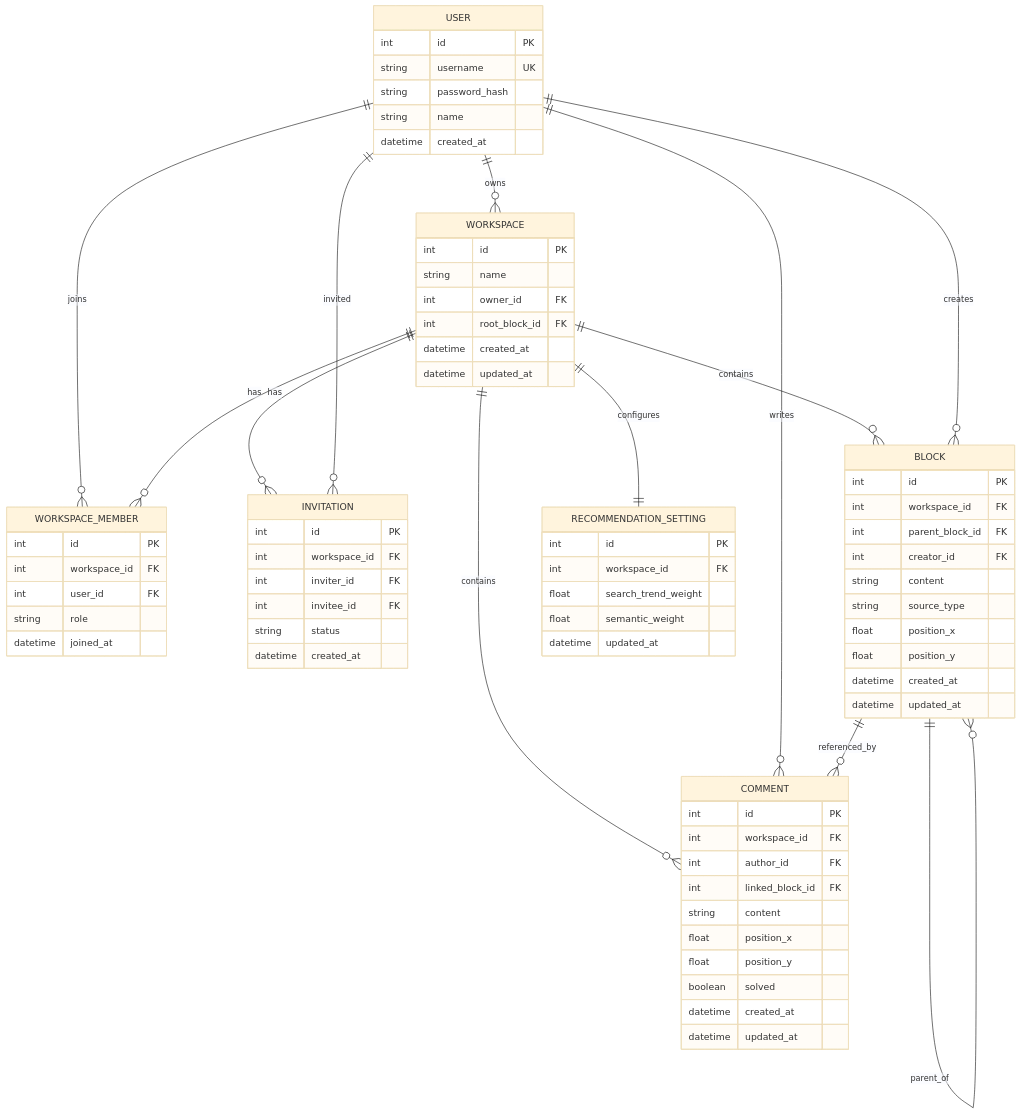
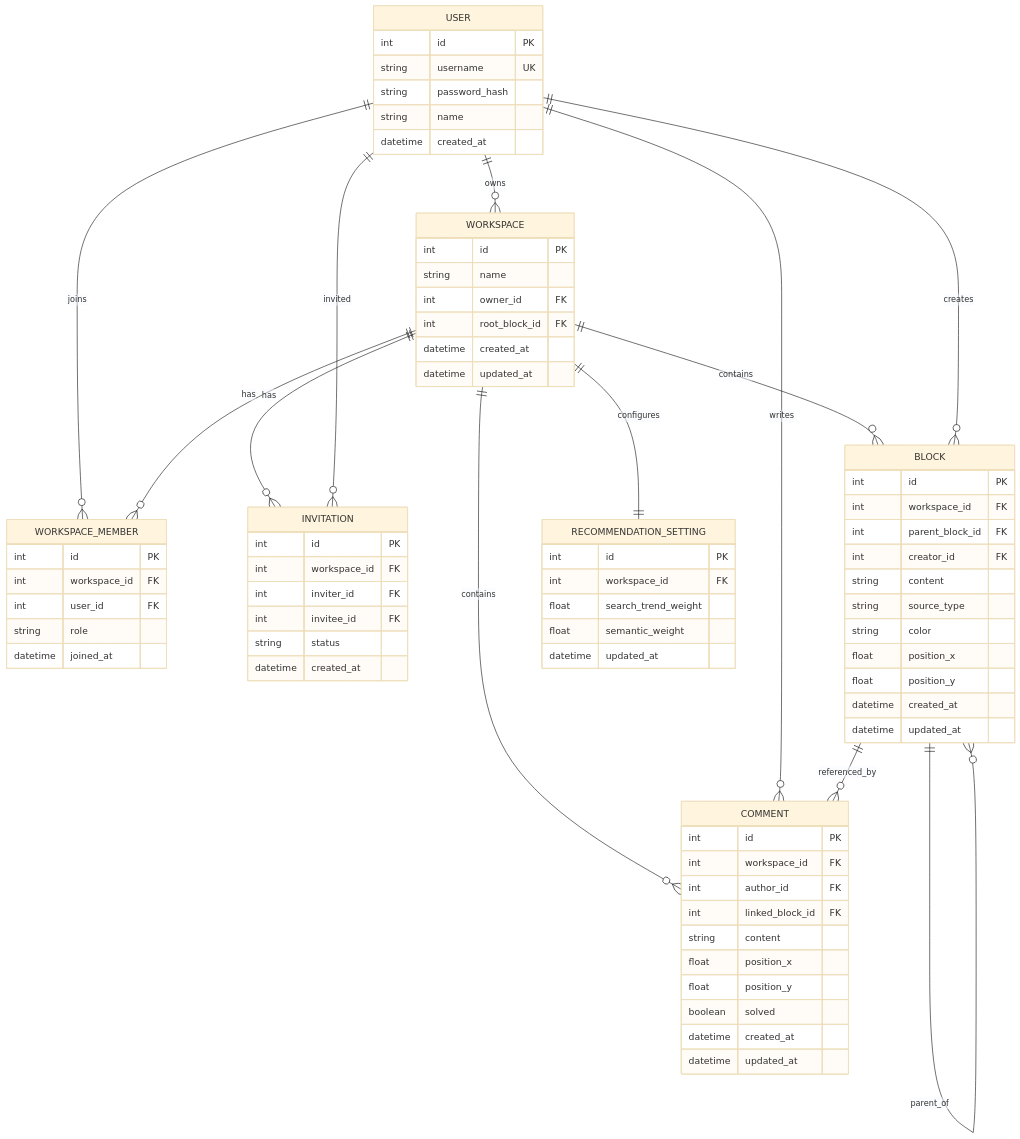
The diagram in README.md (madcamp-official/26s-w1-c2-01), drawn with Mermaid (base theme) before and after one commit. The commit also changed other lines of this file, not shown here.

````diff
--- a/README.md
+++ b/README.md
@@ -64,77 +64,78 @@
 ```mermaid
 erDiagram
     USER ||--o{ WORKSPACE : owns
     USER ||--o{ WORKSPACE_MEMBER : joins
     WORKSPACE ||--o{ WORKSPACE_MEMBER : has
     WORKSPACE ||--o{ INVITATION : has
     USER ||--o{ INVITATION : invited
     WORKSPACE ||--o{ BLOCK : contains
     USER ||--o{ BLOCK : creates
     BLOCK ||--o{ BLOCK : parent_of
     WORKSPACE ||--o{ COMMENT : contains
     USER ||--o{ COMMENT : writes
     BLOCK ||--o{ COMMENT : referenced_by
     WORKSPACE ||--|| RECOMMENDATION_SETTING : configures
 
     USER {
         int id PK
         string username UK
         string password_hash
         string name
         datetime created_at
     }
     WORKSPACE {
         int id PK
         string name
         int owner_id FK
         int root_block_id FK
         datetime created_at
         datetime updated_at
     }
     WORKSPACE_MEMBER {
         int id PK
         int workspace_id FK
         int user_id FK
         string role
         datetime joined_at
     }
     INVITATION {
         int id PK
         int workspace_id FK
         int inviter_id FK
         int invitee_id FK
         string status
         datetime created_at
     }
     BLOCK {
         int id PK
         int workspace_id FK
         int parent_block_id FK
         int creator_id FK
         string content
         string source_type
+        string color
         float position_x
         float position_y
         datetime created_at
         datetime updated_at
     }
     COMMENT {
         int id PK
         int workspace_id FK
         int author_id FK
         int linked_block_id FK
         string content
         float position_x
         float position_y
         boolean solved
         datetime created_at
         datetime updated_at
     }
     RECOMMENDATION_SETTING {
         int id PK
         int workspace_id FK
         float search_trend_weight
         float semantic_weight
         datetime updated_at
     }
 ```
````
